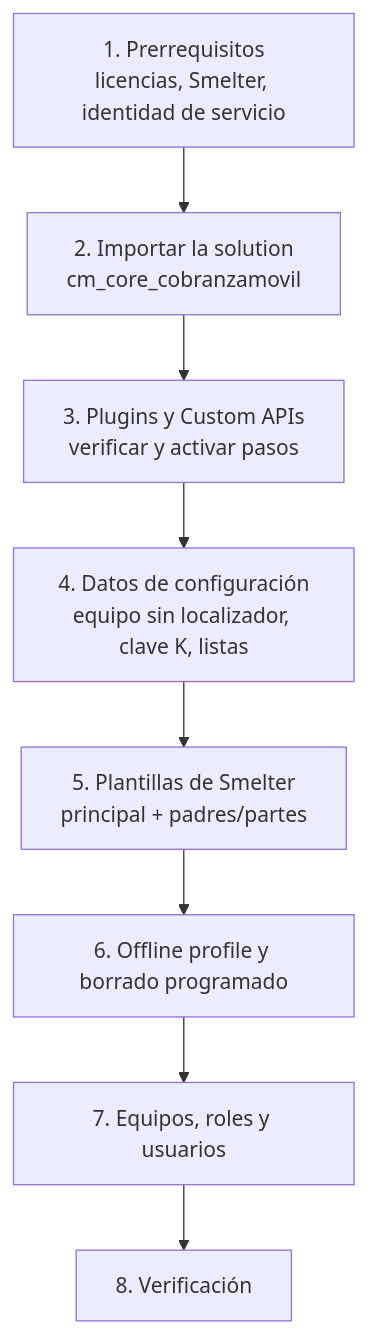
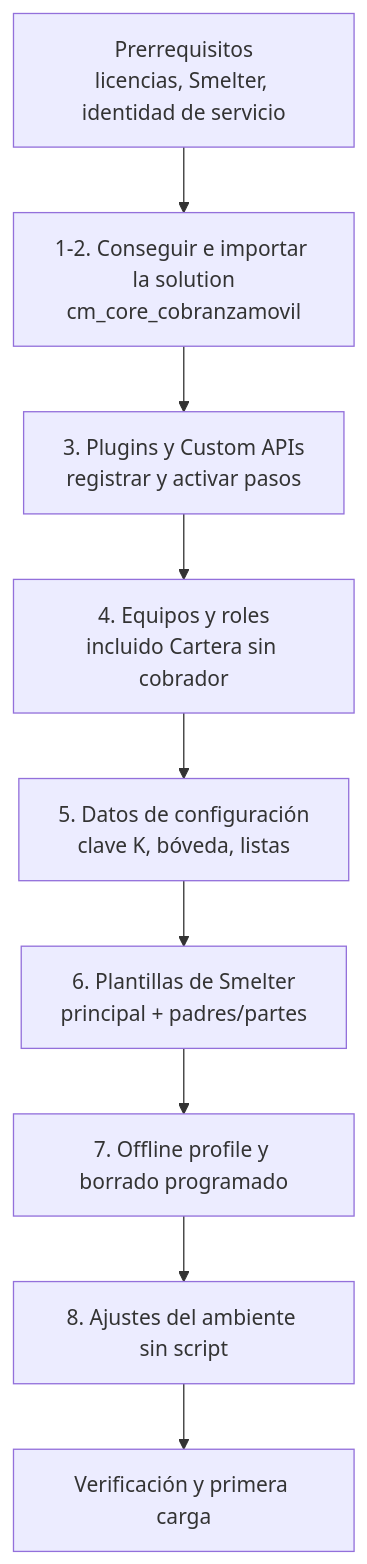
Before and after one commit to breaking-bytes-dev/cobranza-movil: the diagram in docs/tecnica/09-instalacion-y-despliegue.md, drawn with Mermaid. The commit also changed other lines of this file and 20 other files, not shown here.

````diff
--- a/docs/tecnica/09-instalacion-y-despliegue.md
+++ b/docs/tecnica/09-instalacion-y-despliegue.md
@@ -9,10 +9,11 @@
 ```mermaid
 flowchart TD
-    A["1. Prerrequisitos<br/>licencias, Smelter, identidad de servicio"] --> B["2. Importar la solution<br/>cm_core_cobranzamovil"]
-    B --> C["3. Plugins y Custom APIs<br/>verificar y activar pasos"]
-    C --> D["4. Datos de configuración<br/>equipo sin localizador, clave K, listas"]
-    D --> E["5. Plantillas de Smelter<br/>principal + padres/partes"]
-    E --> F["6. Offline profile y borrado programado"]
-    F --> G["7. Equipos, roles y usuarios"]
-    G --> H["8. Verificación"]
+    A["Prerrequisitos<br/>licencias, Smelter, identidad de servicio"] --> B["1-2. Conseguir e importar la solution<br/>cm_core_cobranzamovil"]
+    B --> C["3. Plugins y Custom APIs<br/>registrar y activar pasos"]
+    C --> D["4. Equipos y roles<br/>incluido Cartera sin cobrador"]
+    D --> E["5. Datos de configuración<br/>clave K, bóveda, listas"]
+    E --> F["6. Plantillas de Smelter<br/>principal + padres/partes"]
+    F --> G["7. Offline profile y borrado programado"]
+    G --> H["8. Ajustes del ambiente sin script"]
+    H --> I["Verificación y primera carga"]
 ```
````
